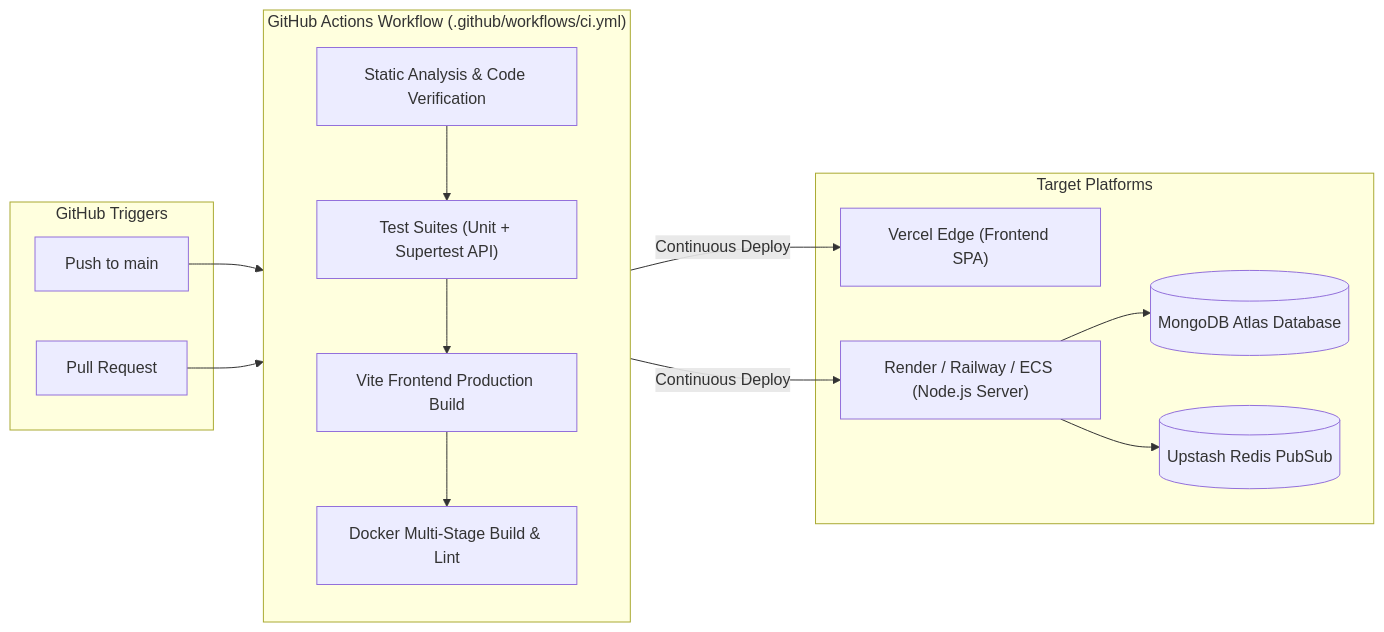
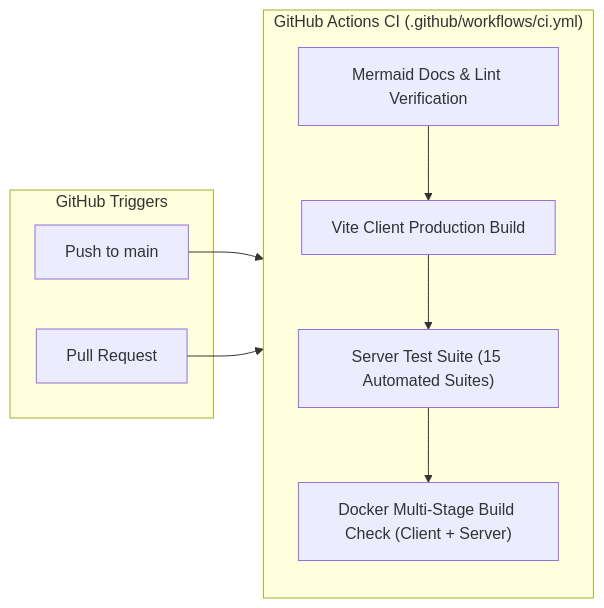
One commit to Anu7276/CAFE_MANAGEMENT_SYSTEM changed the fourth of 6 diagrams in README.md. Above: the diagram before and after it, drawn with Mermaid. The commit also changed other lines of this file, not shown here.

Commit message:
docs(readme): sanitize secrets, update test suites manifest, build-hash cache docs, and align CI diagram

````diff
--- a/README.md
+++ b/README.md
@@ -326,30 +350,19 @@
 ```mermaid
 flowchart LR
     subgraph Trigger ["GitHub Triggers"]
         P1["Push to main"]
         P2["Pull Request"]
     end
 
-    subgraph CI ["GitHub Actions Workflow (.github/workflows/ci.yml)"]
+    subgraph CI ["GitHub Actions CI (.github/workflows/ci.yml)"]
         direction TB
-        LINT["Static Analysis & Code Verification"]
-        TEST["Test Suites (Unit + Supertest API)"]
-        BUILD["Vite Frontend Production Build"]
-        DOCKER["Docker Multi-Stage Build & Lint"]
-    end
-
-    subgraph Registry ["Target Platforms"]
-        VERCEL["Vercel Edge (Frontend SPA)"]
-        RENDER["Render / Railway / ECS (Node.js Server)"]
-        ATLAS[("MongoDB Atlas Database")]
-        UPSTASH[("Upstash Redis PubSub")]
+        LINT["Mermaid Docs & Lint Verification"]
+        CLIENT["Vite Client Production Build"]
+        TEST["Server Test Suite (15 Automated Suites)"]
+        DOCKER["Docker Multi-Stage Build Check (Client + Server)"]
     end
 
     P1 --> LINT
     P2 --> LINT
-    LINT --> TEST --> BUILD --> DOCKER
-    DOCKER -->|"Continuous Deploy"| VERCEL
-    DOCKER -->|"Continuous Deploy"| RENDER
-    RENDER --> ATLAS
-    RENDER --> UPSTASH
+    LINT --> CLIENT --> TEST --> DOCKER
 ```
````
